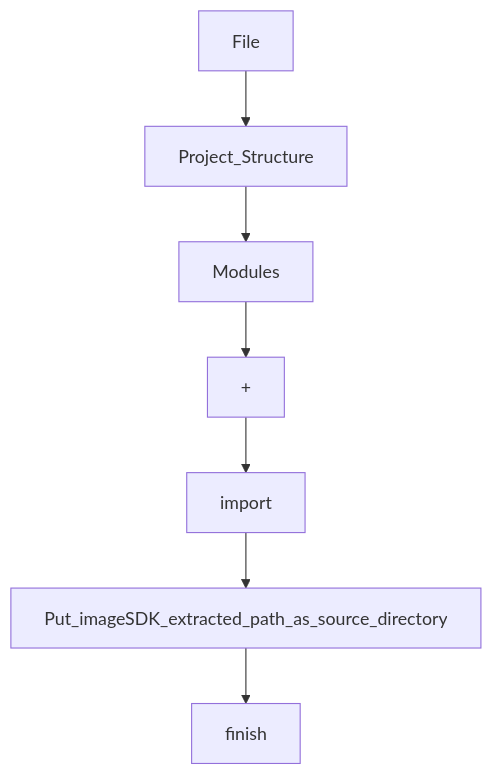
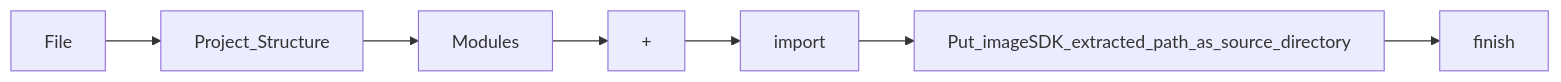
One commit to rubayetevan/ImageReader changed the first of 2 diagrams in README.md. Above: the diagram before and after it, drawn with Mermaid. The commit also changed other lines of this file, not shown here.

````diff
--- a/README.md
+++ b/README.md
@@ -10,10 +10,10 @@
 ```mermaid
-graph TD;
+flowchart LR;
     File --> Project_Structure; 
     Project_Structure --> Modules;
     Modules --> + ;
     + --> import ;
     import --> Put_imageSDK_extracted_path_as_source_directory ;
     Put_imageSDK_extracted_path_as_source_directory --> finish;
     
 ```
````
